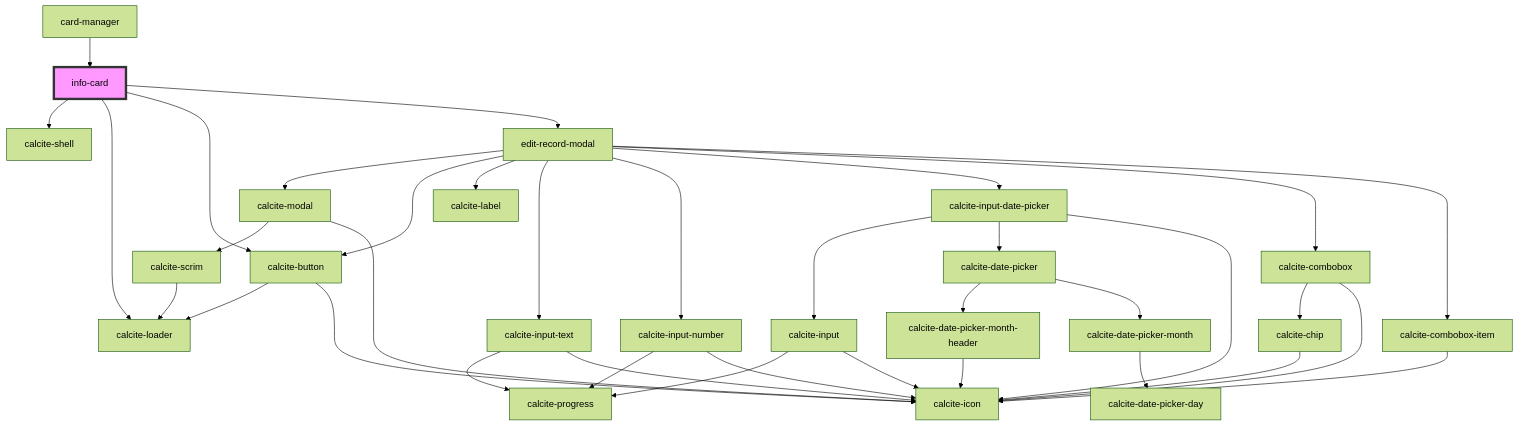
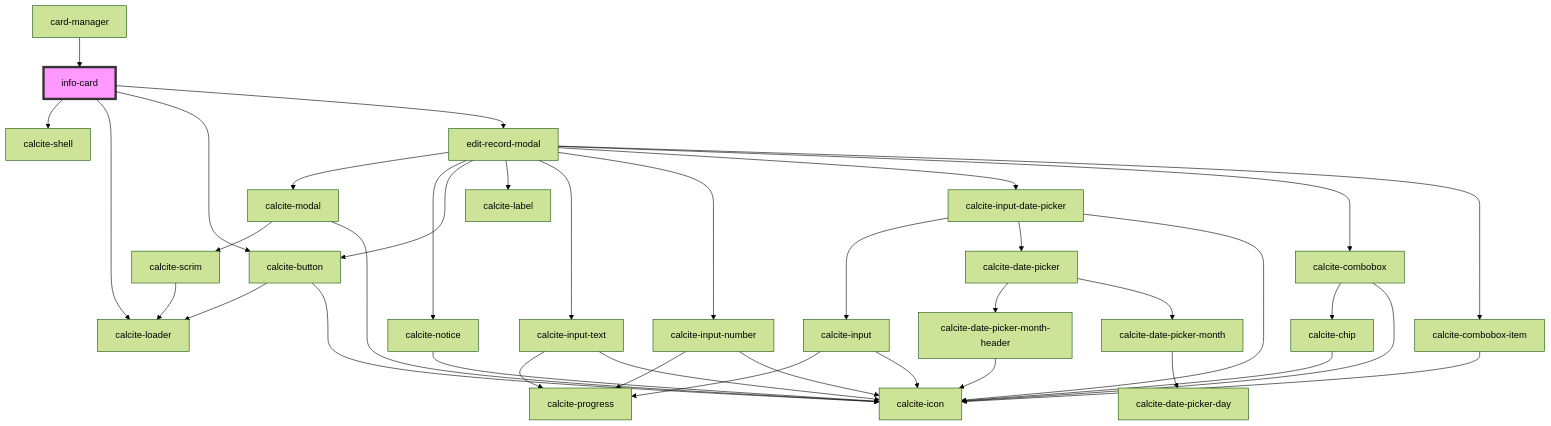
One commit to Esri/solutions-components changed the diagram in src/components/info-card/readme.md. Above: the diagram before and after it, drawn with Mermaid (forest theme). The commit also changed 13 other files, not shown here.

````diff
--- a/src/components/info-card/readme.md
+++ b/src/components/info-card/readme.md
@@ -31,39 +31,41 @@
 ```mermaid
 graph TD;
   info-card --> calcite-shell
   info-card --> calcite-loader
   info-card --> calcite-button
   info-card --> edit-record-modal
   calcite-button --> calcite-loader
   calcite-button --> calcite-icon
   edit-record-modal --> calcite-modal
+  edit-record-modal --> calcite-notice
   edit-record-modal --> calcite-button
   edit-record-modal --> calcite-label
   edit-record-modal --> calcite-input-text
   edit-record-modal --> calcite-input-number
   edit-record-modal --> calcite-input-date-picker
   edit-record-modal --> calcite-combobox
   edit-record-modal --> calcite-combobox-item
   calcite-modal --> calcite-scrim
   calcite-modal --> calcite-icon
   calcite-scrim --> calcite-loader
+  calcite-notice --> calcite-icon
   calcite-input-text --> calcite-progress
   calcite-input-text --> calcite-icon
   calcite-input-number --> calcite-progress
   calcite-input-number --> calcite-icon
   calcite-input-date-picker --> calcite-input
   calcite-input-date-picker --> calcite-date-picker
   calcite-input-date-picker --> calcite-icon
   calcite-input --> calcite-progress
   calcite-input --> calcite-icon
   calcite-date-picker --> calcite-date-picker-month-header
   calcite-date-picker --> calcite-date-picker-month
   calcite-date-picker-month-header --> calcite-icon
   calcite-date-picker-month --> calcite-date-picker-day
   calcite-combobox --> calcite-chip
   calcite-combobox --> calcite-icon
   calcite-chip --> calcite-icon
   calcite-combobox-item --> calcite-icon
   card-manager --> info-card
   style info-card fill:#f9f,stroke:#333,stroke-width:4px
 ```
````
